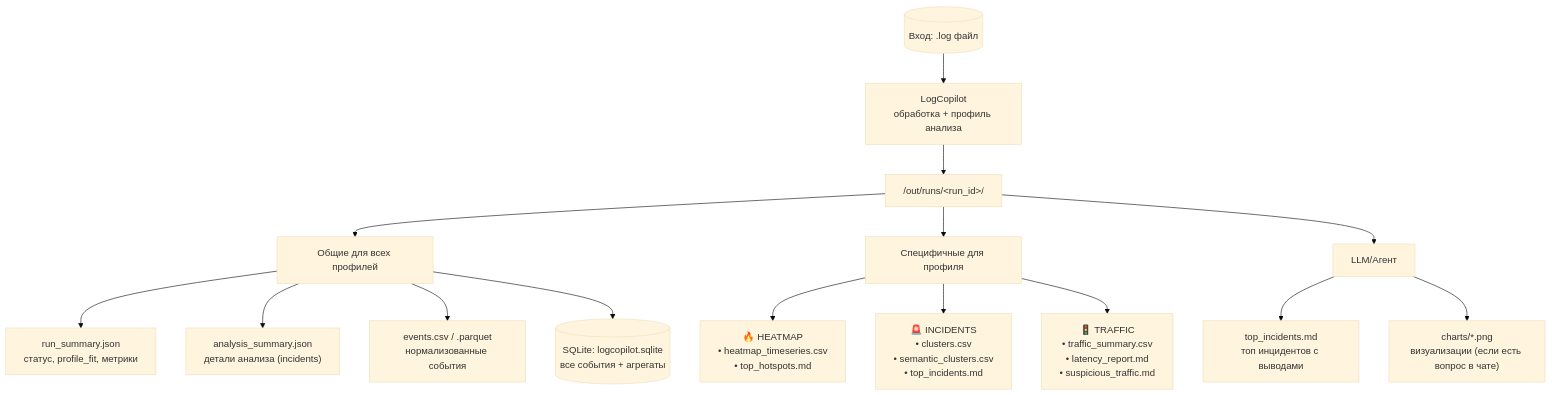
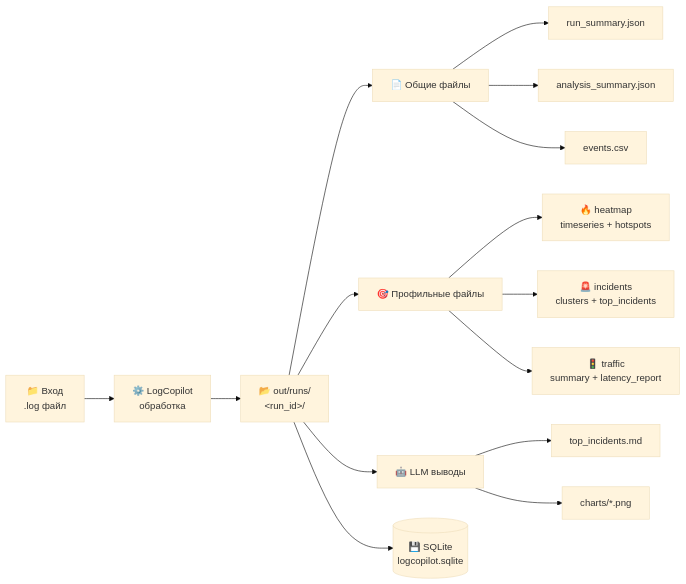
One commit to a-ramazan/log-copilot-bpmsoft changed the third of 4 diagrams in README.md. Above: the diagram before and after it, drawn with Mermaid (base theme). The commit also changed other lines of this file, not shown here.

Commit message:
+ output flow

````diff
--- a/README.md
+++ b/README.md
@@ -234,25 +234,25 @@
 ```mermaid
-flowchart TD
-    INPUT[("Вход: .log файл")]
+flowchart LR
+    INPUT["📁 Вход<br/>.log файл"]
     
-    INPUT --> PROCESS["LogCopilot<br/>обработка + профиль анализа"]
+    INPUT --> PROCESS["⚙️ LogCopilot<br/>обработка"]
     
-    PROCESS --> OUTPUT1["/out/runs/&lt;run_id&gt;/"]
+    PROCESS --> OUT["📂 out/runs/<br/>&lt;run_id&gt;/"]
     
-    OUTPUT1 --> COMMON["Общие для всех профилей"]
-    OUTPUT1 --> PROFILE_SPECIFIC["Специфичные для профиля"]
-    OUTPUT1 --> LLM_OUT["LLM/Агент"]
+    OUT --> COMMON["📄 Общие файлы"]
+    OUT --> PROFILE["🎯 Профильные файлы"]
+    OUT --> LLM["🤖 LLM выводы"]
     
-    COMMON --> C1["run_summary.json<br/>статус, profile_fit, метрики"]
-    COMMON --> C2["analysis_summary.json<br/>детали анализа (incidents)"]
-    COMMON --> C3["events.csv / .parquet<br/>нормализованные события"]
+    COMMON --> C1["run_summary.json"]
+    COMMON --> C2["analysis_summary.json"]
+    COMMON --> C3["events.csv"]
     
-    PROFILE_SPECIFIC --> P1["🔥 HEATMAP<br/>• heatmap_timeseries.csv<br/>• top_hotspots.md"]
-    PROFILE_SPECIFIC --> P2["🚨 INCIDENTS<br/>• clusters.csv<br/>• semantic_clusters.csv<br/>• top_incidents.md"]
-    PROFILE_SPECIFIC --> P3["🚦 TRAFFIC<br/>• traffic_summary.csv<br/>• latency_report.md<br/>• suspicious_traffic.md"]
+    PROFILE --> H["🔥 heatmap<br/>timeseries + hotspots"]
+    PROFILE --> I["🚨 incidents<br/>clusters + top_incidents"]
+    PROFILE --> T["🚦 traffic<br/>summary + latency_report"]
     
-    LLM_OUT --> L1["top_incidents.md<br/>топ инцидентов с выводами"]
-    LLM_OUT --> L2["charts/*.png<br/>визуализации (если есть вопрос в чате)"]
+    LLM --> L1["top_incidents.md"]
+    LLM --> L2["charts/*.png"]
     
-    COMMON --> SQLITE[(SQLite: logcopilot.sqlite<br/>все события + агрегаты)]
+    OUT --> SQLITE[("💾 SQLite<br/>logcopilot.sqlite")]
 ```
````
